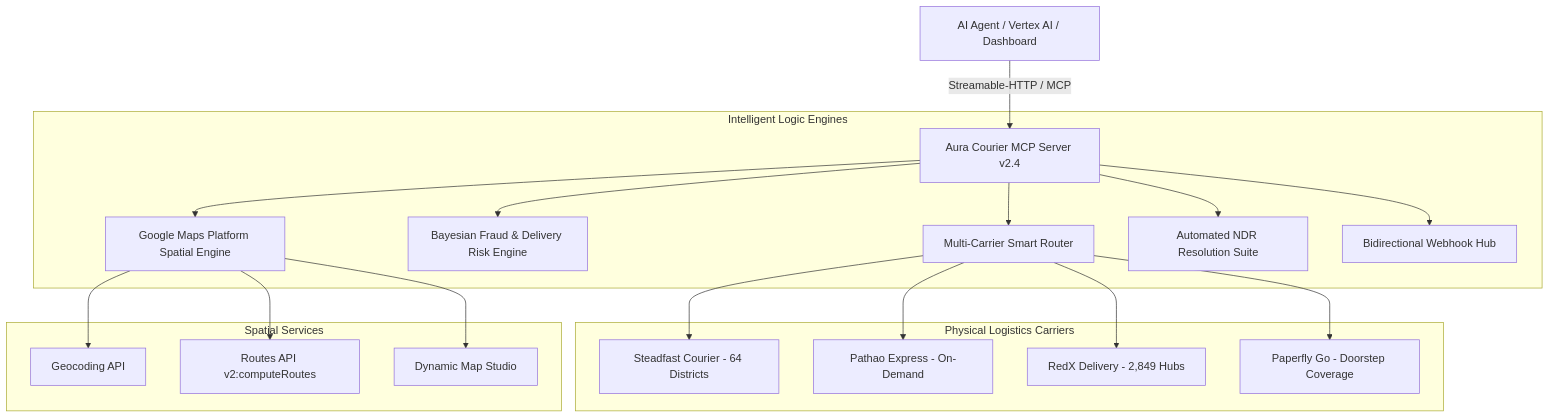
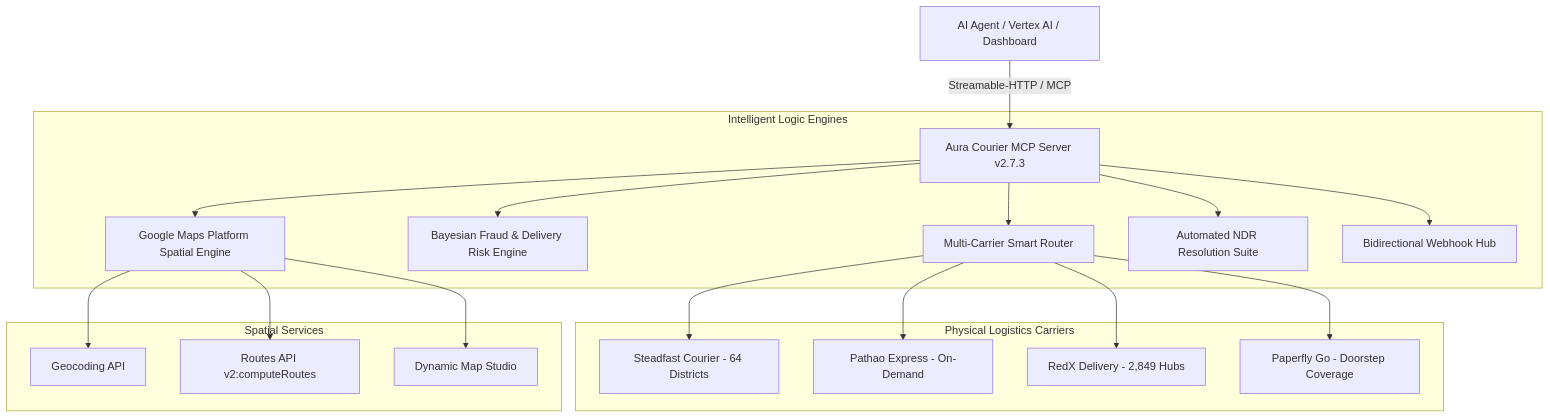
Before and after one commit to auraajenticai/aura-courier-mcp: the diagram in MASTER_OPERATIONS_MANUAL.md, drawn with Mermaid. The commit also changed other lines of this file and 64 other files, not shown here.

````diff
--- a/MASTER_OPERATIONS_MANUAL.md
+++ b/MASTER_OPERATIONS_MANUAL.md
@@ -12,25 +12,25 @@
 ```mermaid
 graph TD
-    AI[AI Agent / Vertex AI / Dashboard] -->|Streamable-HTTP / MCP| MCP[Aura Courier MCP Server v2.4]
+    AI[AI Agent / Vertex AI / Dashboard] -->|Streamable-HTTP / MCP| MCP[Aura Courier MCP Server v2.7.3]
     
     subgraph "Intelligent Logic Engines"
         MCP --> ROUTER[Multi-Carrier Smart Router]
         MCP --> FRAUD[Bayesian Fraud & Delivery Risk Engine]
         MCP --> SPATIAL[Google Maps Platform Spatial Engine]
         MCP --> NDR[Automated NDR Resolution Suite]
         MCP --> WEBHOOKS[Bidirectional Webhook Hub]
     end
     
     subgraph "Physical Logistics Carriers"
         ROUTER --> SF[Steadfast Courier - 64 Districts]
         ROUTER --> PT[Pathao Express - On-Demand]
         ROUTER --> RX[RedX Delivery - 2,849 Hubs]
         ROUTER --> PF[Paperfly Go - Doorstep Coverage]
     end
     
     subgraph "Spatial Services"
         SPATIAL --> GEO[Geocoding API]
         SPATIAL --> ROUTES[Routes API v2:computeRoutes]
         SPATIAL --> STUDIO[Dynamic Map Studio]
     end
 ```
````
